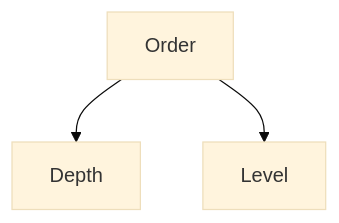
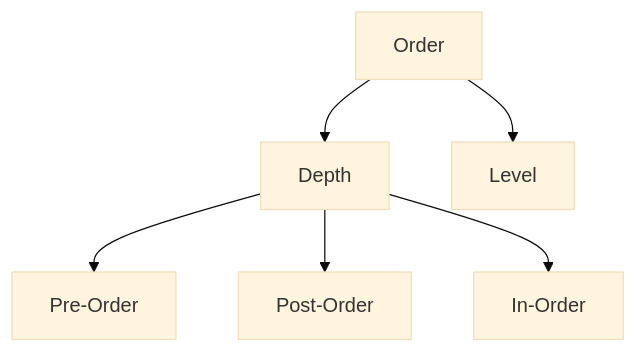
The diagram in Semester 1/Course 3/Week 5 - Binary Tree/Module 17 - Binary Tree Implementation/Module17.md (SubodhShil/Phitron), drawn with Mermaid (base theme) before and after one commit.

Commit message:
flowchart added to module17.md

````diff
--- a/Semester 1/Course 3/Week 5 - Binary Tree/Module 17 - Binary Tree Implementation/Module17.md
+++ b/Semester 1/Course 3/Week 5 - Binary Tree/Module 17 - Binary Tree Implementation/Module17.md
@@ -31,5 +31,8 @@
 ```mermaid
 graph TD;
 Order-->Depth;
 Order-->Level;
+Depth-->Pre-Order;
+Depth-->Post-Order;
+Depth-->In-Order;
 ```
````
